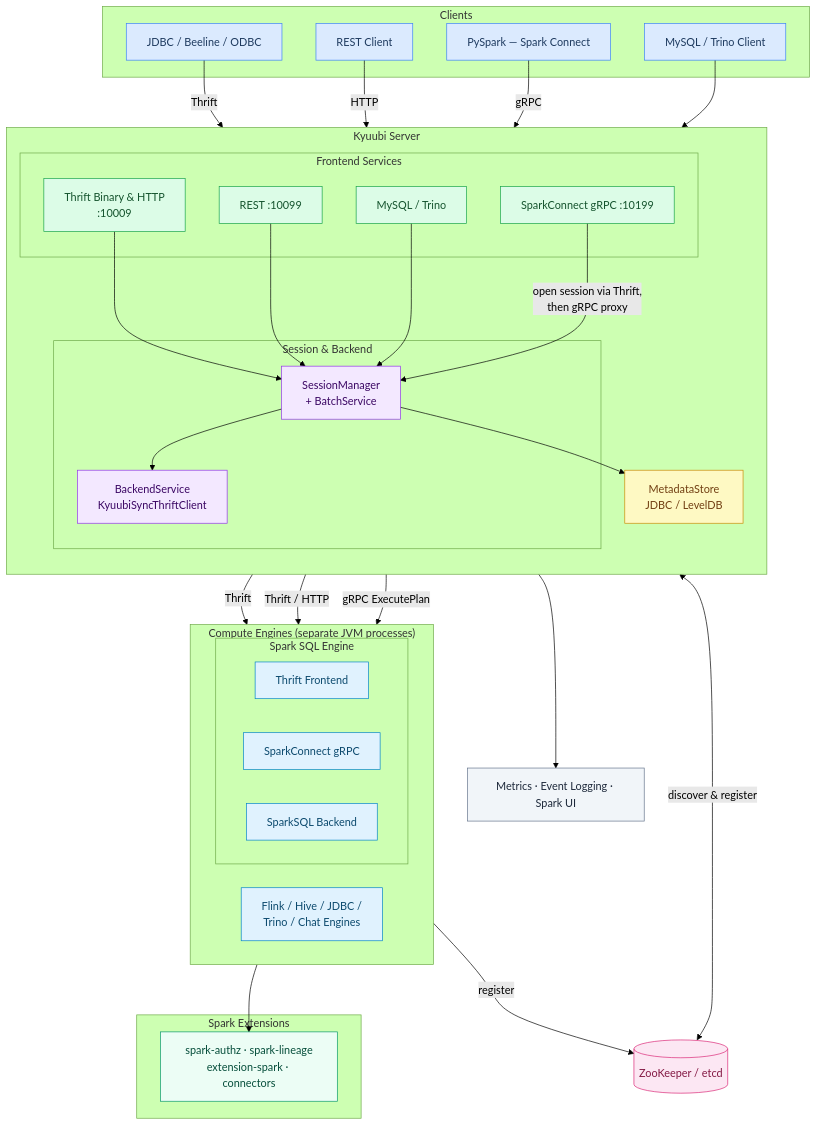
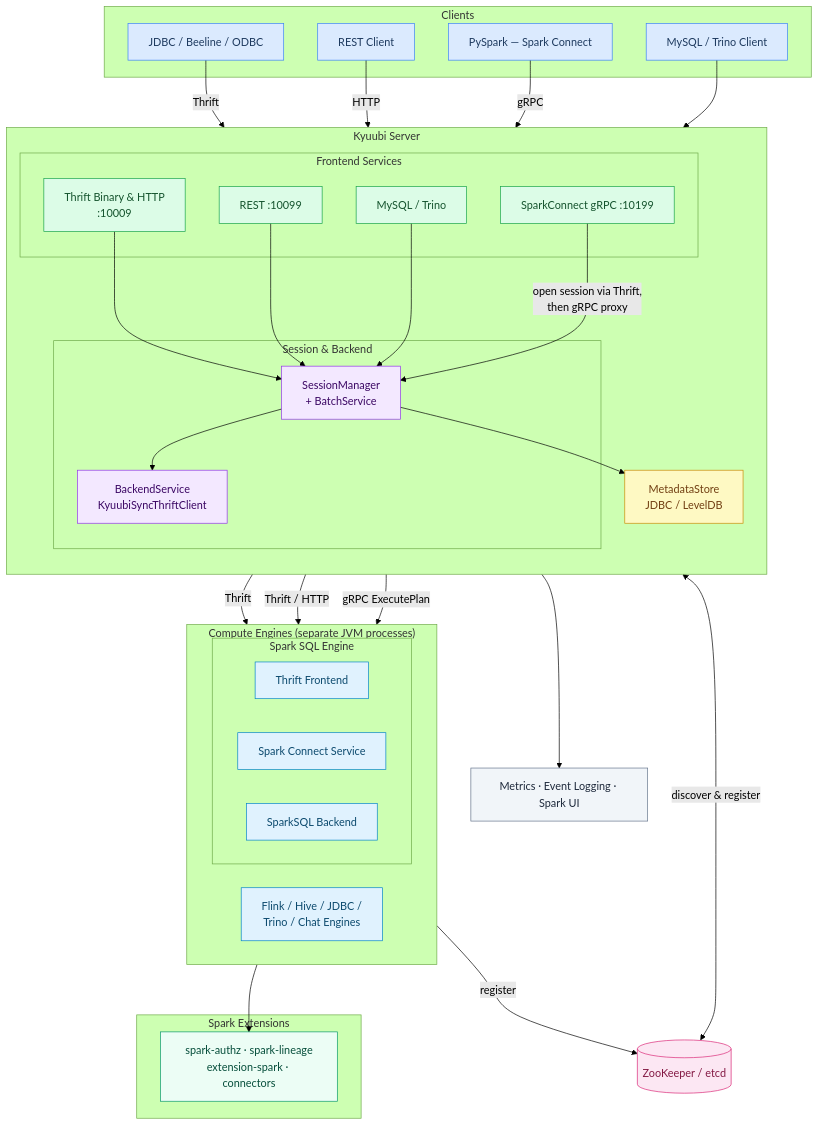
One commit to arenadata/kyuubi changed the diagram in docs/spark_connect/kyuubi_architecture.mmd. Above: the diagram before and after it, drawn with Mermaid (forest theme). The commit also changed 1 other file, not shown here.

Commit message:
small fixes in kyuubi_architecture.mmd and kyuubi_spark_connect_architecture.mmd

```diff
--- a/docs/spark_connect/kyuubi_architecture.mmd
+++ b/docs/spark_connect/kyuubi_architecture.mmd
@@ -1,92 +1,92 @@
 flowchart TB
     %% ── Clients ──────────────────────────────────────────────────────────────
     subgraph Clients
         C1[JDBC / Beeline / ODBC]
         C2[REST Client]
         C3[PySpark — Spark Connect]
         C4[MySQL / Trino Client]
     end
 
     %% ── Kyuubi Server ────────────────────────────────────────────────────────
     subgraph KyuubiServer["Kyuubi Server"]
         direction TB
 
         subgraph Frontends["Frontend Services"]
             F1[Thrift Binary & HTTP<br>:10009]
             F2[REST :10099]
             F3[SparkConnect gRPC :10199]
             F4[MySQL / Trino]
         end
 
         subgraph Core["Session & Backend"]
             SM[SessionManager<br>+ BatchService]
             BS[BackendService<br>KyuubiSyncThriftClient]
         end
 
         MB[MetadataStore<br>JDBC / LevelDB]
     end
 
     %% ── HA / Discovery ───────────────────────────────────────────────────────
     DISC[(ZooKeeper / etcd)]
 
     %% ── Engines ──────────────────────────────────────────────────────────────
     subgraph Engines["Compute Engines  (separate JVM processes)"]
         direction LR
 
         subgraph SparkEngine["Spark SQL Engine"]
             SE_T[Thrift Frontend]
-            SE_G[SparkConnect gRPC]
+            SE_G[Spark Connect Service]
             SE_B[SparkSQL Backend]
         end
 
         OE[Flink / Hive / JDBC /<br>Trino / Chat Engines]
     end
 
     %% ── Spark Extensions ─────────────────────────────────────────────────────
     subgraph SparkExt["Spark Extensions"]
         EX[spark-authz · spark-lineage<br>extension-spark · connectors]
     end
 
     %% ── Observability ────────────────────────────────────────────────────────
     OB[Metrics · Event Logging · Spark UI]
 
     %% ── Connections ──────────────────────────────────────────────────────────
     C1 -->|Thrift| F1
     C2 -->|HTTP| F2
     C3 -->|gRPC| F3
     C4 --> F4
 
     F1 & F2 & F4 --> SM
     F3 -->|open session via Thrift,<br>then gRPC proxy| SM
 
     SM --> BS
     SM <-->|discover & register| DISC
     SM --> MB
 
     BS -->|Thrift| SE_T
     BS -->|Thrift / HTTP| OE
     F3 -->|gRPC ExecutePlan| SE_G
 
     SE_T -->|register| DISC
     SE_B --> EX
 
     KyuubiServer --> OB
 
     %% ── Styles ───────────────────────────────────────────────────────────────
     classDef client     fill:#dbeafe,stroke:#3b82f6,color:#1e3a5f
     classDef frontend   fill:#dcfce7,stroke:#16a34a,color:#14532d
     classDef core       fill:#f3e8ff,stroke:#9333ea,color:#3b0764
     classDef engine     fill:#e0f2fe,stroke:#0284c7,color:#0c4a6e
     classDef discovery  fill:#fce7f3,stroke:#db2777,color:#831843
     classDef extension  fill:#ecfdf5,stroke:#059669,color:#064e3b
     classDef observ     fill:#f1f5f9,stroke:#64748b,color:#1e293b
     classDef store      fill:#fef9c3,stroke:#ca8a04,color:#713f12
 
     class C1,C2,C3,C4 client
     class F1,F2,F3,F4 frontend
     class SM,BS core
     class SE_T,SE_G,SE_B,OE engine
     class DISC discovery
     class EX extension
     class OB observ
     class MB store
```
